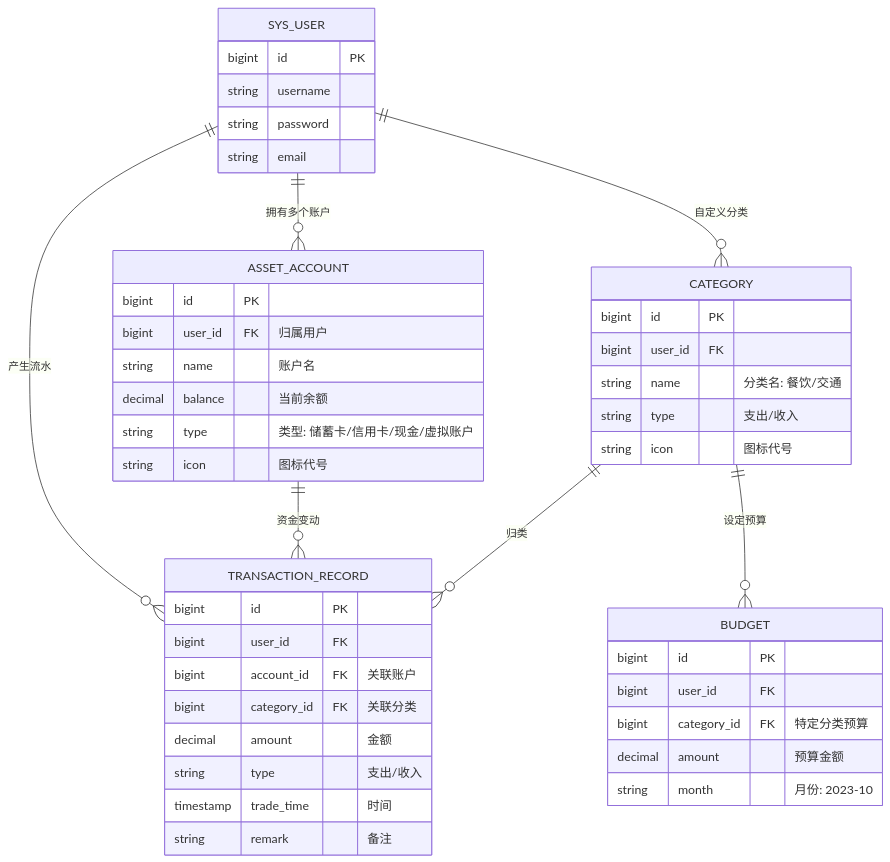
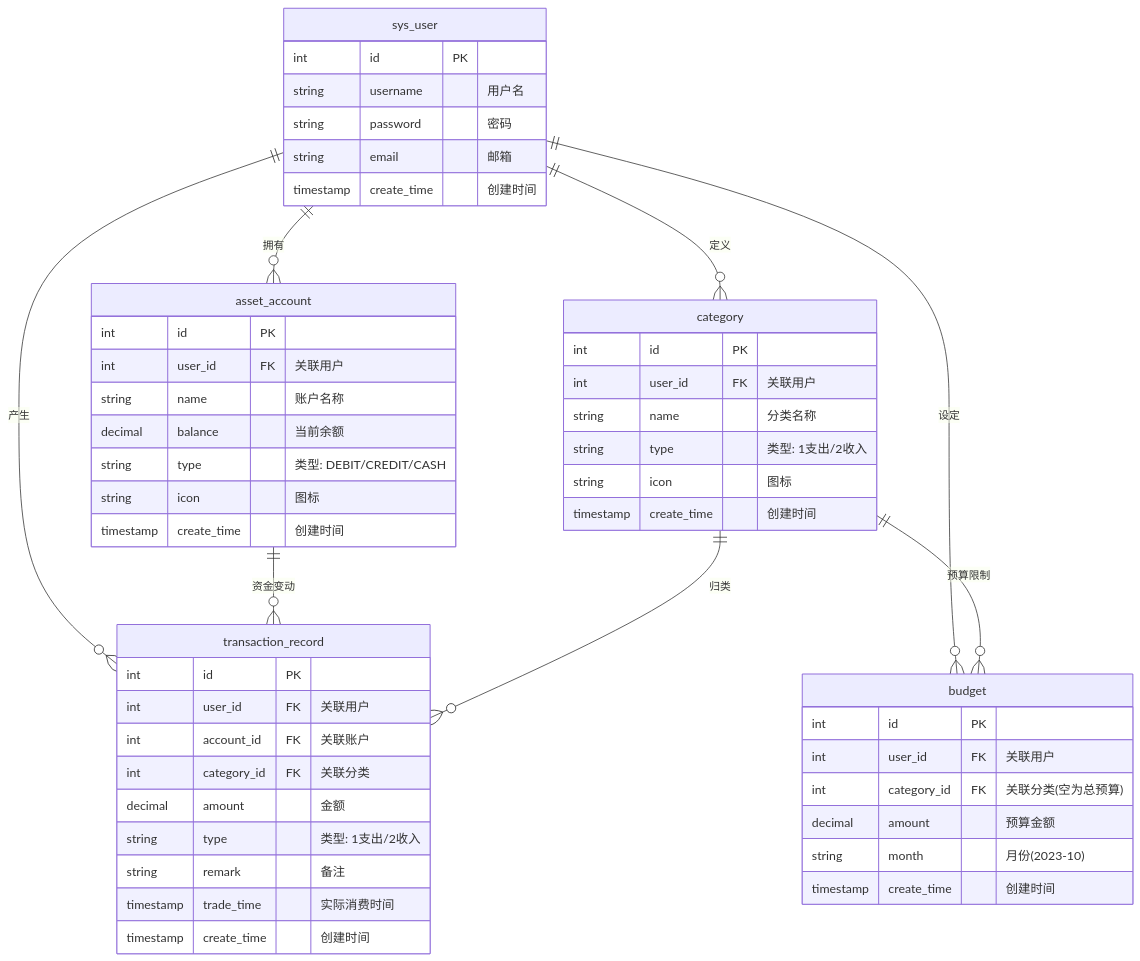
The diagram in ER.md (ML-Leslie/buzhang_database), drawn with Mermaid before and after one commit. The commit also changed 22 other files, not shown here.

````diff
--- a/ER.md
+++ b/ER.md
@@ -1,58 +1,65 @@
 ```mermaid
 erDiagram
-    %% 用户表：系统的核心
-    SYS_USER {
-        bigint id PK
-        string username
-        string password
-        string email
+    %% 1. 用户表 (系统使用者)
+    sys_user {
+        int id PK
+        string username "用户名"
+        string password "密码"
+        string email "邮箱"
+        timestamp create_time "创建时间"
     }
 
-    %% 资产账户表：存钱的地方（微信、银行卡）
-    ASSET_ACCOUNT {
-        bigint id PK
-        bigint user_id FK "归属用户"
-        string name "账户名"
+    %% 2. 资产账户表 (例如：工商银行卡、微信零钱、支付宝)
+    asset_account {
+        int id PK
+        int user_id FK "关联用户"
+        string name "账户名称"
         decimal balance "当前余额"
-        string type "类型: 储蓄卡/信用卡/现金/虚拟账户"
-        string icon "图标代号"
+        string type "类型: DEBIT/CREDIT/CASH"
+        string icon "图标"
+        timestamp create_time "创建时间"
     }
 
-    %% 分类表：花钱的名目
-    CATEGORY {
-        bigint id PK
-        bigint user_id FK
-        string name "分类名: 餐饮/交通"
-        string type "支出/收入"
-        string icon "图标代号"
+    %% 3. 收支分类表 (例如：餐饮、交通、工资)
+    category {
+        int id PK
+        int user_id FK "关联用户"
+        string name "分类名称"
+        string type "类型: 1支出/2收入"
+        string icon "图标"
+        timestamp create_time "创建时间"
     }
 
-    %% 预算表：每月的限额
-    BUDGET {
-        bigint id PK
-        bigint user_id FK
-        bigint category_id FK "特定分类预算"
+    %% 4. 预算表 (每月限制花多少钱)
+    budget {
+        int id PK
+        int user_id FK "关联用户"
+        int category_id FK "关联分类(空为总预算)"
         decimal amount "预算金额"
-        string month "月份: 2023-10"
+        string month "月份(2023-10)"
+        timestamp create_time "创建时间"
     }
 
-    %% 交易流水表：核心记账本
-    TRANSACTION_RECORD {
-        bigint id PK
-        bigint user_id FK
-        bigint account_id FK "关联账户"
-        bigint category_id FK "关联分类"
+    %% 5. 交易流水表 (核心表)
+    transaction_record {
+        int id PK
+        int user_id FK "关联用户"
+        int account_id FK "关联账户"
+        int category_id FK "关联分类"
         decimal amount "金额"
-        string type "支出/收入"
-        timestamp trade_time "时间"
+        string type "类型: 1支出/2收入"
         string remark "备注"
+        timestamp trade_time "实际消费时间"
+        timestamp create_time "创建时间"
     }
 
     %% 关系定义
-    SYS_USER ||--o{ ASSET_ACCOUNT : "拥有多个账户"
-    SYS_USER ||--o{ CATEGORY : "自定义分类"
-    SYS_USER ||--o{ TRANSACTION_RECORD : "产生流水"
-    ASSET_ACCOUNT ||--o{ TRANSACTION_RECORD : "资金变动"
-    CATEGORY ||--o{ TRANSACTION_RECORD : "归类"
-    CATEGORY ||--o{ BUDGET : "设定预算"
+    sys_user ||--o{ asset_account : "拥有"
+    sys_user ||--o{ category : "定义"
+    sys_user ||--o{ budget : "设定"
+    sys_user ||--o{ transaction_record : "产生"
+    
+    asset_account ||--o{ transaction_record : "资金变动"
+    category ||--o{ transaction_record : "归类"
+    category ||--o{ budget : "预算限制"
 ```
````
